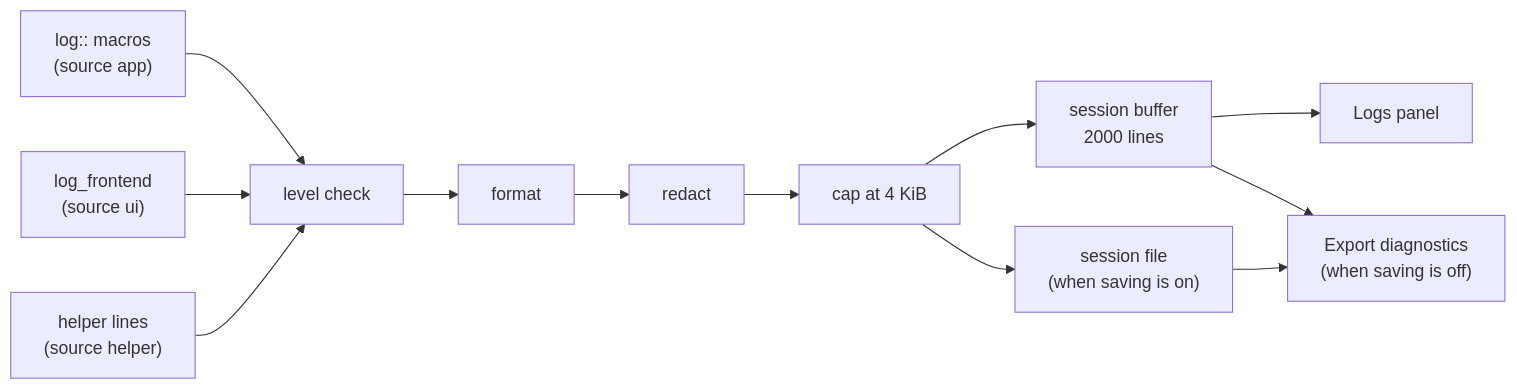
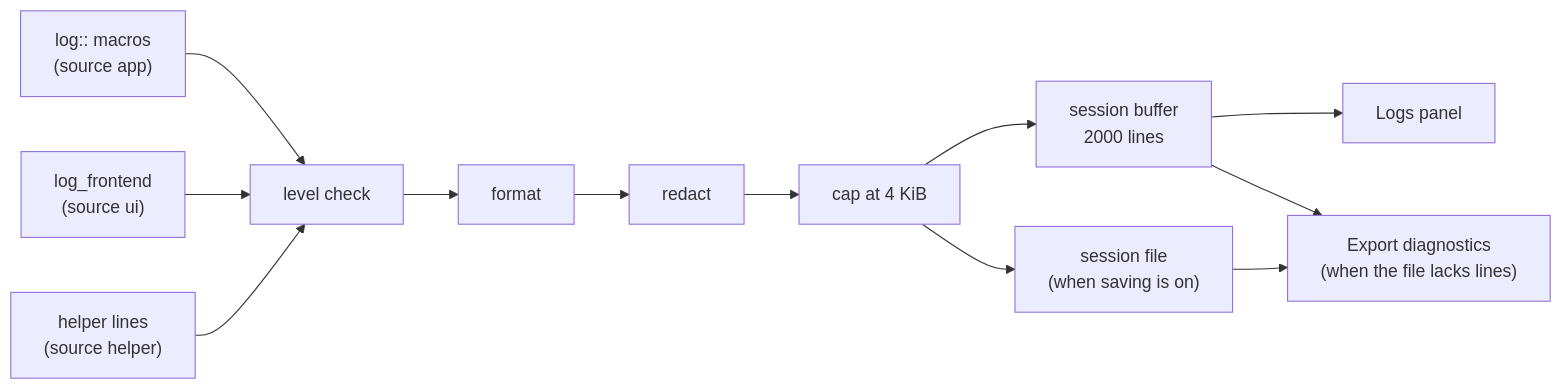
The diagram in docs/architecture/logging.md (ehsan18t/magicx-toolbox-gui), drawn with Mermaid before and after one commit. The commit also changed other lines of this file and 3 other files, not shown here.

First line of the commit message:
fix(logging): export unsaved session lines and harden the pipeline

````diff
--- a/docs/architecture/logging.md
+++ b/docs/architecture/logging.md
@@ -9,11 +9,11 @@
 ```mermaid
 flowchart LR
   App["log:: macros<br/>(source app)"] --> Level
   UI["log_frontend<br/>(source ui)"] --> Level
   Helper["helper lines<br/>(source helper)"] --> Level
   Level["level check"] --> Format["format"] --> Redact["redact"] --> Cap["cap at 4 KiB"] --> Ring["session buffer<br/>2000 lines"]
   Cap --> File["session file<br/>(when saving is on)"]
   Ring --> Panel["Logs panel"]
-  Ring --> Export["Export diagnostics<br/>(when saving is off)"]
+  Ring --> Export["Export diagnostics<br/>(when the file lacks lines)"]
   File --> Export
 ```
````
